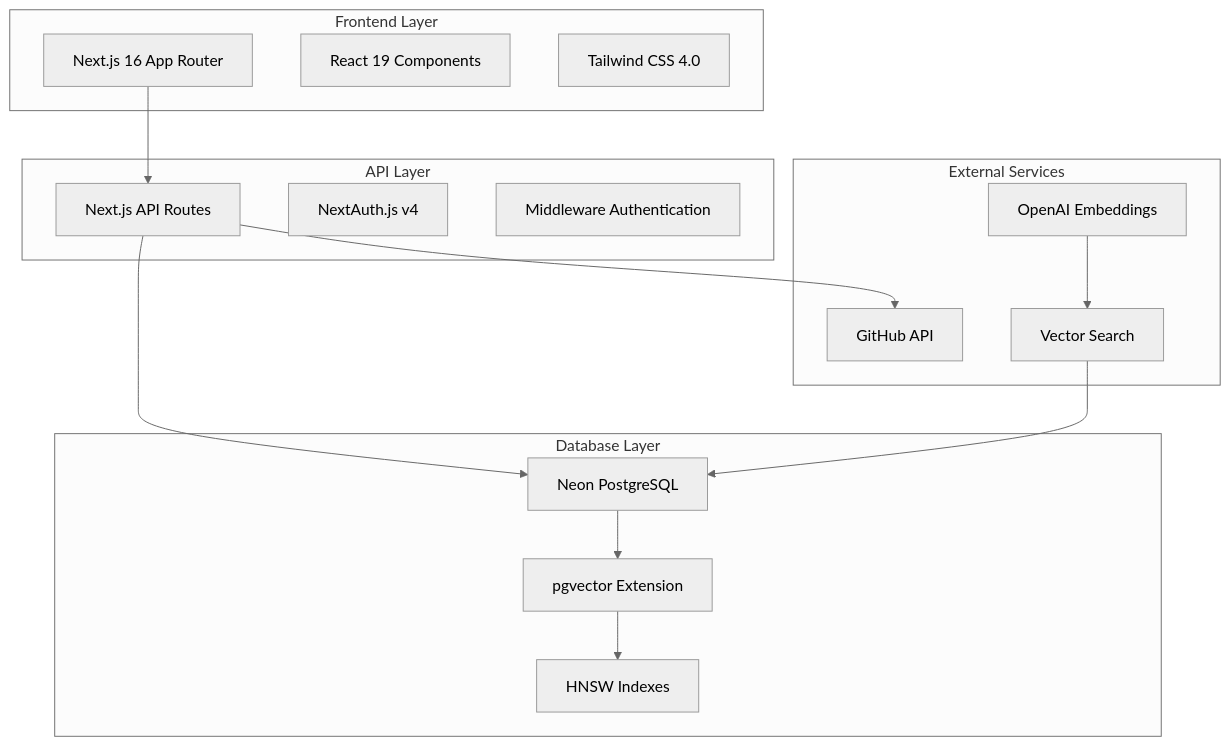
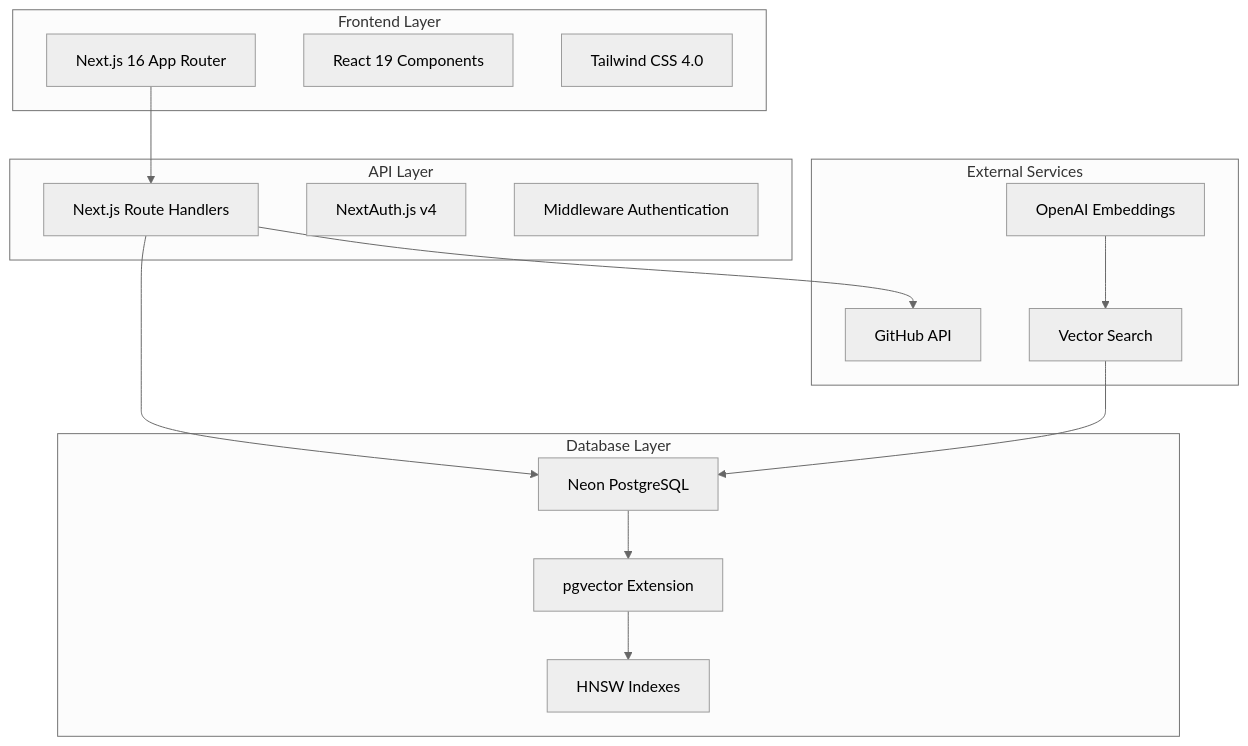
One commit to BjornMelin/contribux changed the diagram in docs/development/performance-guide.md. Above: the diagram before and after it, drawn with Mermaid (neutral theme). The commit also changed other lines of this file and 17 other files, not shown here.

````diff
--- a/docs/development/performance-guide.md
+++ b/docs/development/performance-guide.md
@@ -22,34 +22,34 @@
 ```mermaid
 graph TB
     subgraph "Frontend Layer"
         A[Next.js 16 App Router]
         B[React 19 Components]
         C[Tailwind CSS 4.0]
     end
     
     subgraph "API Layer"
-        D[Next.js API Routes]
+        D[Next.js Route Handlers]
         E[NextAuth.js v4]
         F[Middleware Authentication]
     end
     
     subgraph "Database Layer"
         G[Neon PostgreSQL]
         H[pgvector Extension]
         I[HNSW Indexes]
     end
     
     subgraph "External Services"
         J[GitHub API]
         K[OpenAI Embeddings]
         L[Vector Search]
     end
     
     A --> D
     D --> G
     D --> J
     G --> H
     H --> I
     K --> L
     L --> G
 ```
````
